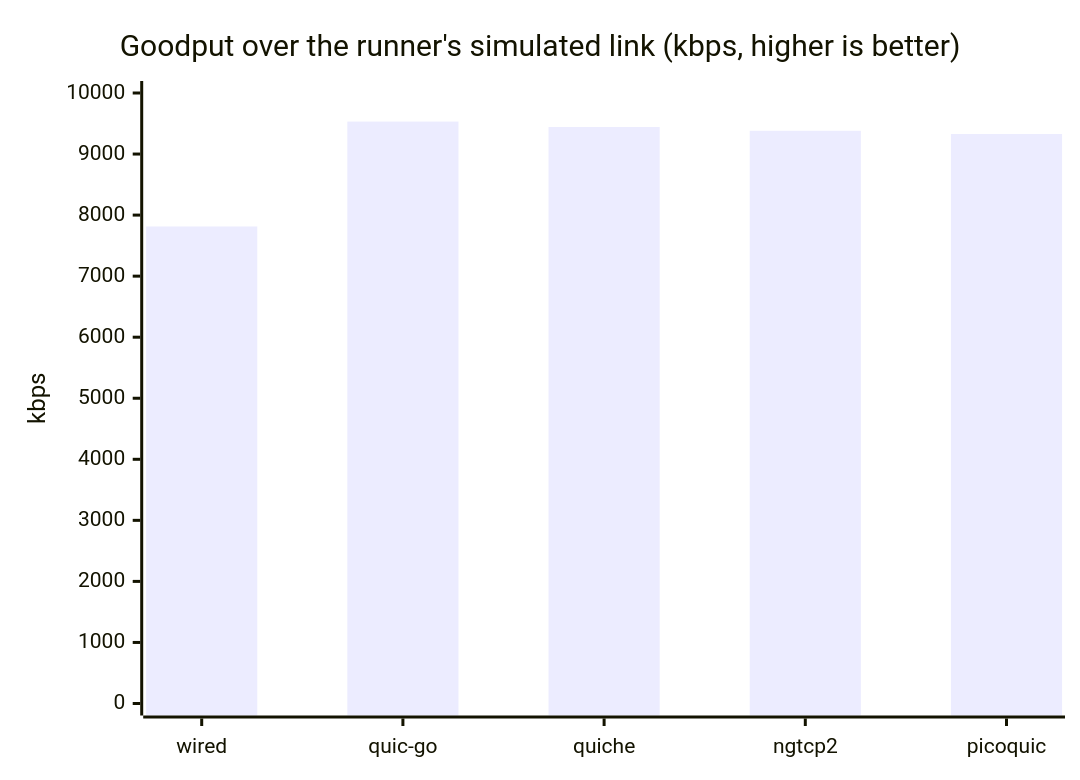
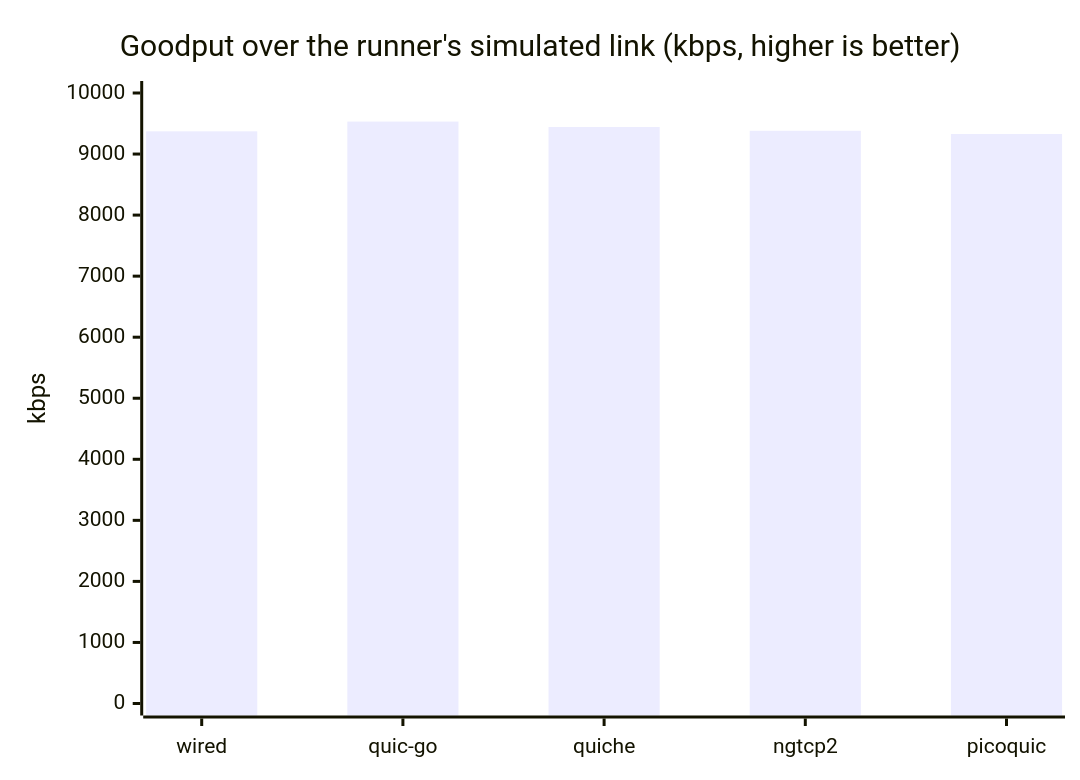
Before and after one commit to Hakkadaikon/wired: the first of 4 diagrams in docs/comparison.md, drawn with Mermaid. The commit also changed other lines of this file, not shown here.

````diff
--- a/docs/comparison.md
+++ b/docs/comparison.md
@@ -72,7 +74,7 @@
 ```mermaid
 xychart-beta
     title "Goodput over the runner's simulated link (kbps, higher is better)"
     x-axis ["wired", "quic-go", "quiche", "ngtcp2", "picoquic"]
     y-axis "kbps" 0 --> 10000
-    bar [7814, 9532, 9443, 9381, 9328]
+    bar [9372, 9532, 9443, 9381, 9328]
 ```
````
